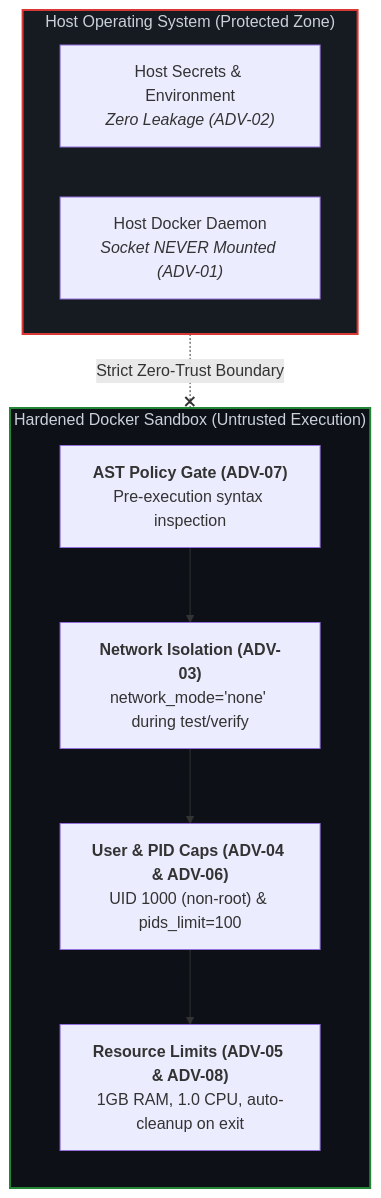
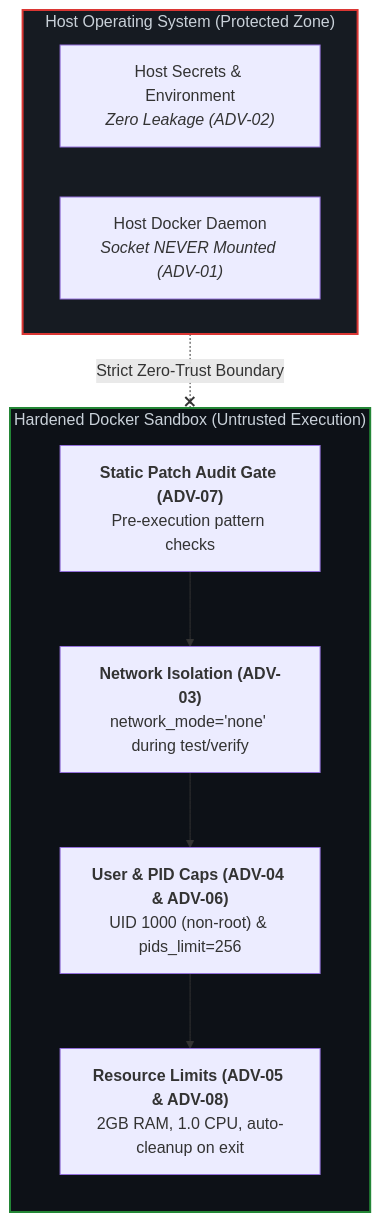
Before and after one commit to abhishekKokadwar/CIDRA: the fourth of 4 diagrams in README.md, drawn with Mermaid. The commit also changed other lines of this file, not shown here.

````diff
--- a/README.md
+++ b/README.md
@@ -320,21 +340,21 @@
 ```mermaid
 flowchart TD
     subgraph Host["Host Operating System (Protected Zone)"]
         H1["Host Secrets & Environment<br/><i>Zero Leakage (ADV-02)</i>"]
         H2["Host Docker Daemon<br/><i>Socket NEVER Mounted (ADV-01)</i>"]
     end
     
     subgraph Sandbox["Hardened Docker Sandbox (Untrusted Execution)"]
         direction TB
-        S1["<b>AST Policy Gate (ADV-07)</b><br/>Pre-execution syntax inspection"]
+        S1["<b>Static Patch Audit Gate (ADV-07)</b><br/>Pre-execution pattern checks"]
         S2["<b>Network Isolation (ADV-03)</b><br/>network_mode='none' during test/verify"]
-        S3["<b>User & PID Caps (ADV-04 & ADV-06)</b><br/>UID 1000 (non-root) & pids_limit=100"]
-        S4["<b>Resource Limits (ADV-05 & ADV-08)</b><br/>1GB RAM, 1.0 CPU, auto-cleanup on exit"]
+        S3["<b>User & PID Caps (ADV-04 & ADV-06)</b><br/>UID 1000 (non-root) & pids_limit=256"]
+        S4["<b>Resource Limits (ADV-05 & ADV-08)</b><br/>2GB RAM, 1.0 CPU, auto-cleanup on exit"]
         S1 --> S2 --> S3 --> S4
     end
     
     Host -. "Strict Zero-Trust Boundary" .-x Sandbox
     
     style Host fill:#161b22,stroke:#da3633,stroke-width:2px,color:#c9d1d9
     style Sandbox fill:#0d1117,stroke:#238636,stroke-width:2px,color:#c9d1d9
 ```
````
